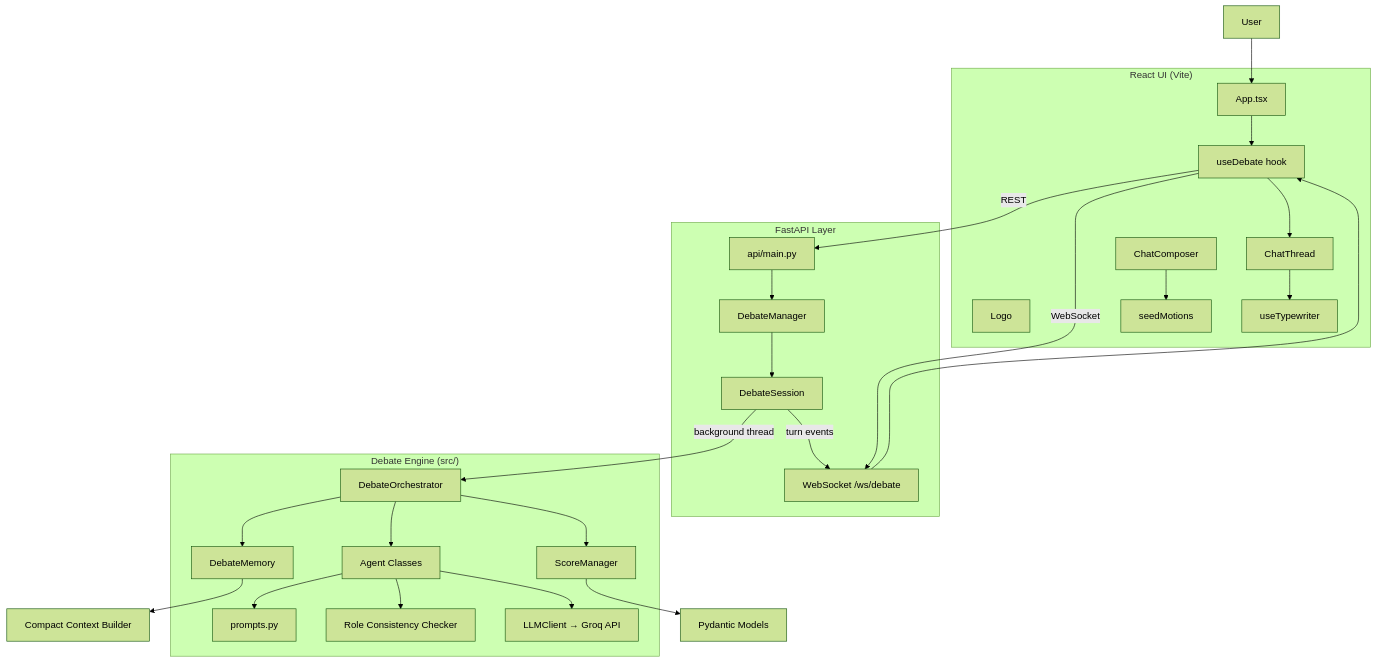
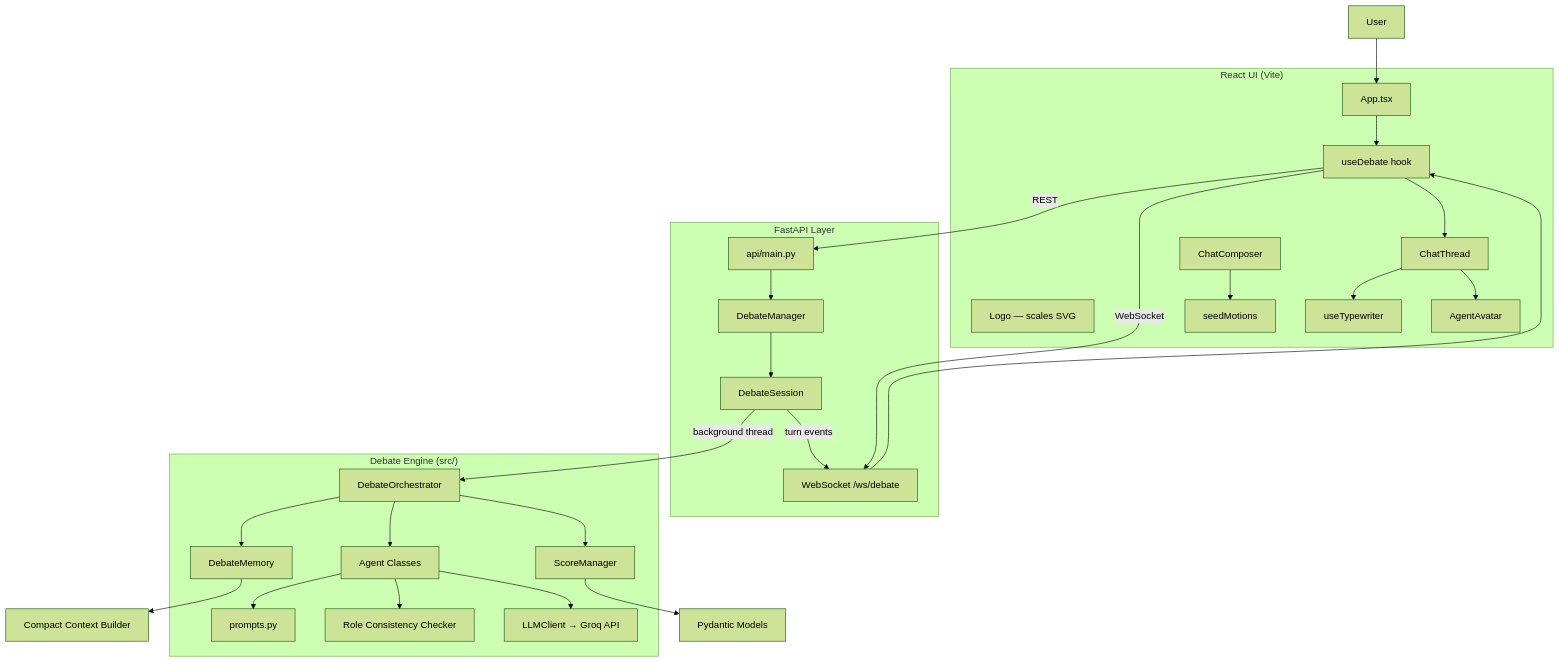
The diagram in README.md (lamnguyen8075/MSAI-630-ArgueBot), drawn with Mermaid (forest theme) before and after one commit. The commit also changed other lines of this file and 11 other files, not shown here.

````diff
--- a/README.md
+++ b/README.md
@@ -20,50 +20,52 @@
 ```mermaid
 flowchart TB
     subgraph UI["React UI (Vite)"]
         App[App.tsx]
-        Logo[Logo]
+        Logo[Logo — scales SVG]
+        Avatars[AgentAvatar]
         ChatThread[ChatThread]
         Composer[ChatComposer]
         Hook[useDebate hook]
         Typewriter[useTypewriter]
         Seeds[seedMotions]
     end
 
     subgraph API["FastAPI Layer"]
         Main[api/main.py]
         Manager[DebateManager]
         Session[DebateSession]
         WS[WebSocket /ws/debate]
     end
 
     subgraph Core["Debate Engine (src/)"]
         Orch[DebateOrchestrator]
         Mem[DebateMemory]
         Agents[Agent Classes]
         Role[Role Consistency Checker]
         Score[ScoreManager]
         Prompts[prompts.py]
         LLM[LLMClient → Groq API]
     end
 
     User[User] --> App
     App --> Hook
     Hook -->|REST| Main
     Hook -->|WebSocket| WS
     Main --> Manager
     Manager --> Session
     Session -->|background thread| Orch
     Orch --> Mem
     Orch --> Agents
     Orch --> Score
     Agents --> Prompts
     Agents --> Role
     Agents --> LLM
     Score --> Models[Pydantic Models]
     Mem --> Context[Compact Context Builder]
     Session -->|turn events| WS
     WS --> Hook
     Hook --> ChatThread
     ChatThread --> Typewriter
+    ChatThread --> Avatars
     Composer --> Seeds
 ```
````
